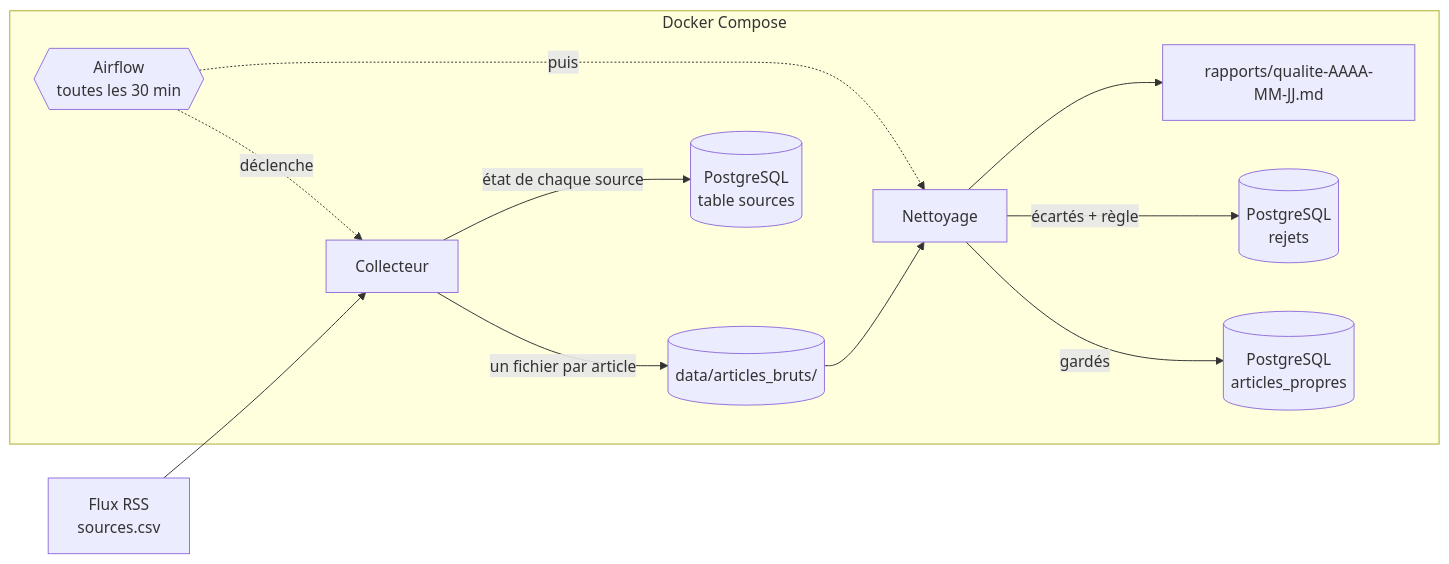
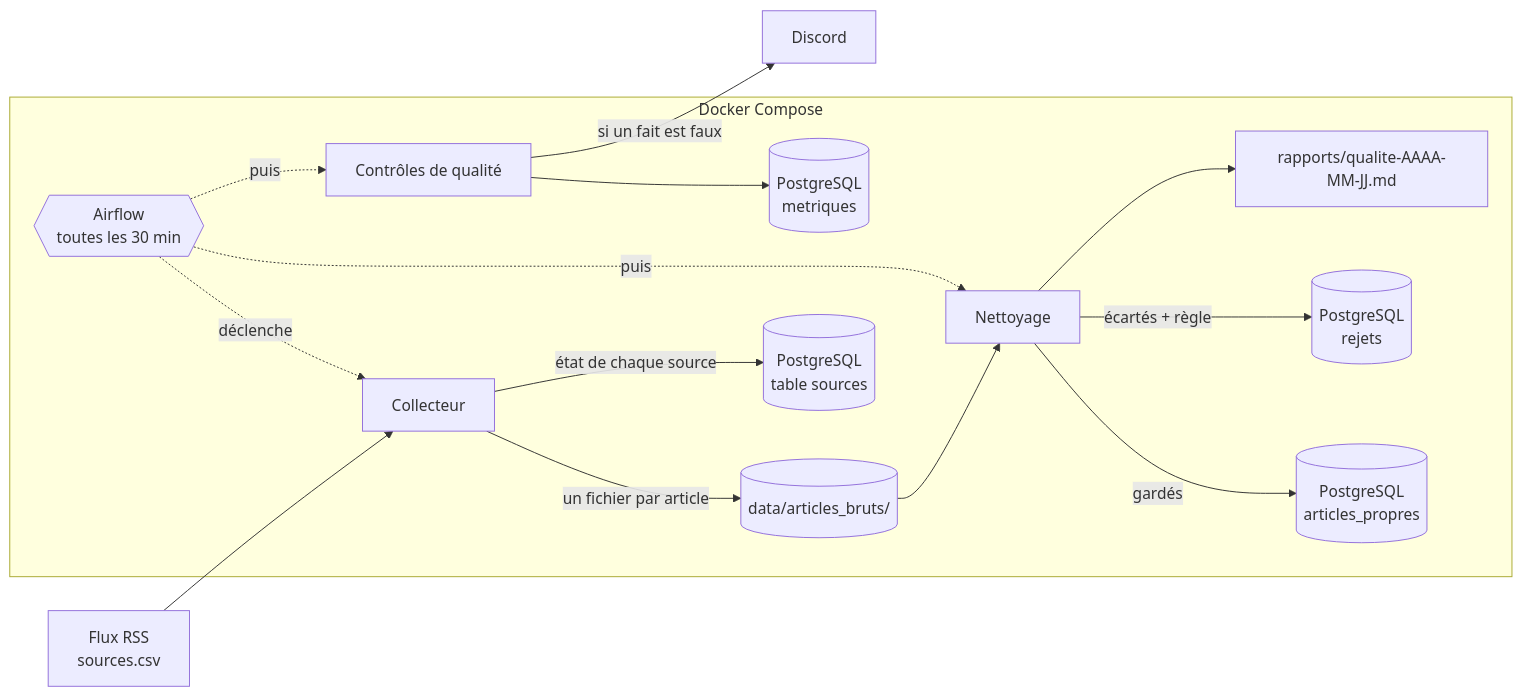
The diagram in README.md (emiliehhd/M2Ops_Gazette), drawn with Mermaid before and after one commit. The commit also changed other lines of this file and 11 other files, not shown here.

Commit message:
feat(qualite): contrôles de qualité, métriques et alerte Discord

````diff
--- a/README.md
+++ b/README.md
@@ -24,14 +24,17 @@
 ```mermaid
 flowchart LR
     S[Flux RSS<br/>sources.csv] --> C[Collecteur]
     subgraph Docker Compose
         AF{{Airflow<br/>toutes les 30 min}} -.déclenche.-> C
         AF -.puis.-> N[Nettoyage]
         C -->|un fichier par article| B[(data/articles_bruts/)]
         C -->|état de chaque source| P[(PostgreSQL<br/>table sources)]
         B --> N
         N -->|gardés| AP[(PostgreSQL<br/>articles_propres)]
         N -->|écartés + règle| RJ[(PostgreSQL<br/>rejets)]
         N --> RQ[rapports/qualite-AAAA-MM-JJ.md]
+        AF -.puis.-> K[Contrôles de qualité]
+        K --> M[(PostgreSQL<br/>metriques)]
     end
+    K -->|si un fait est faux| D[Discord]
 ```
````
